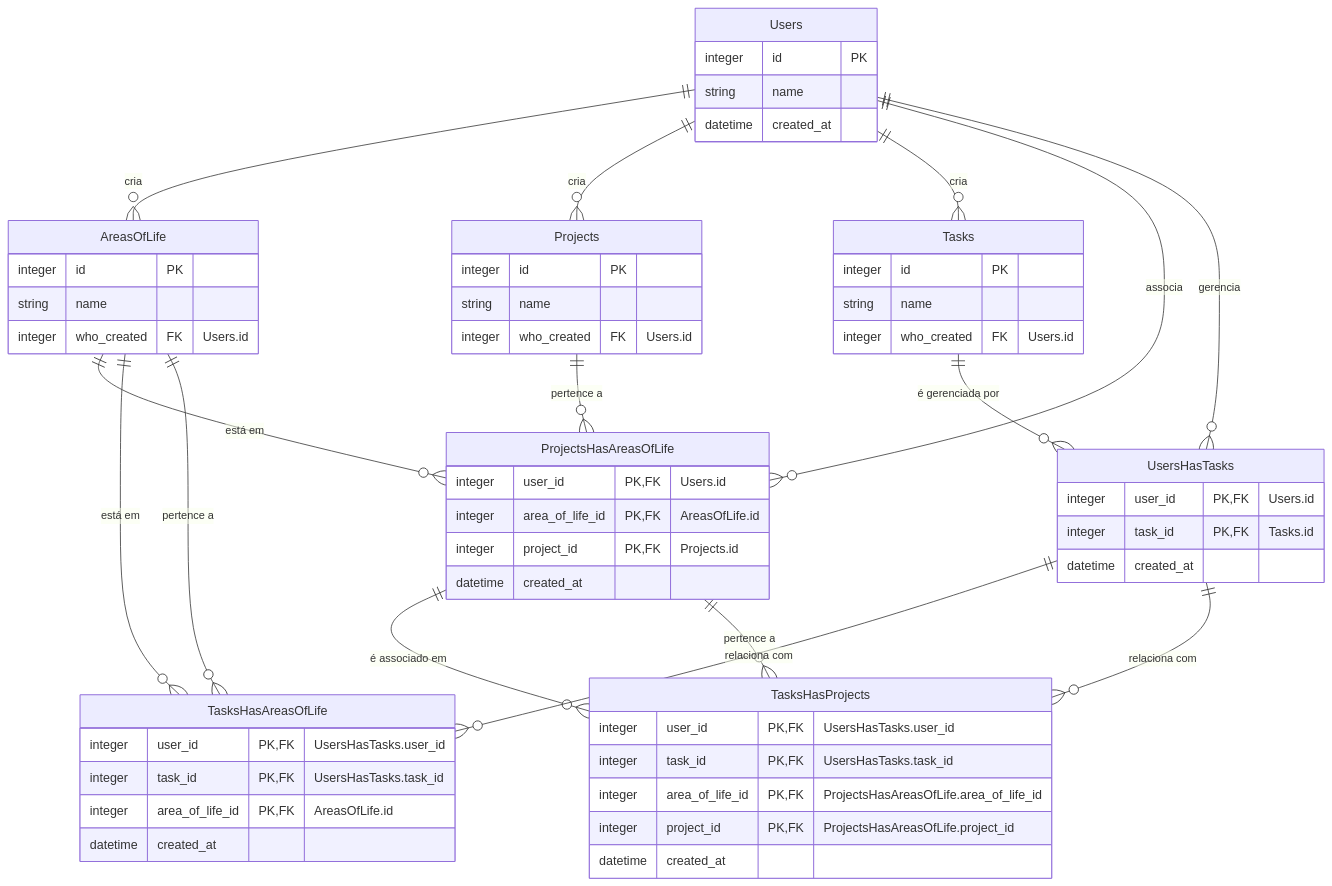
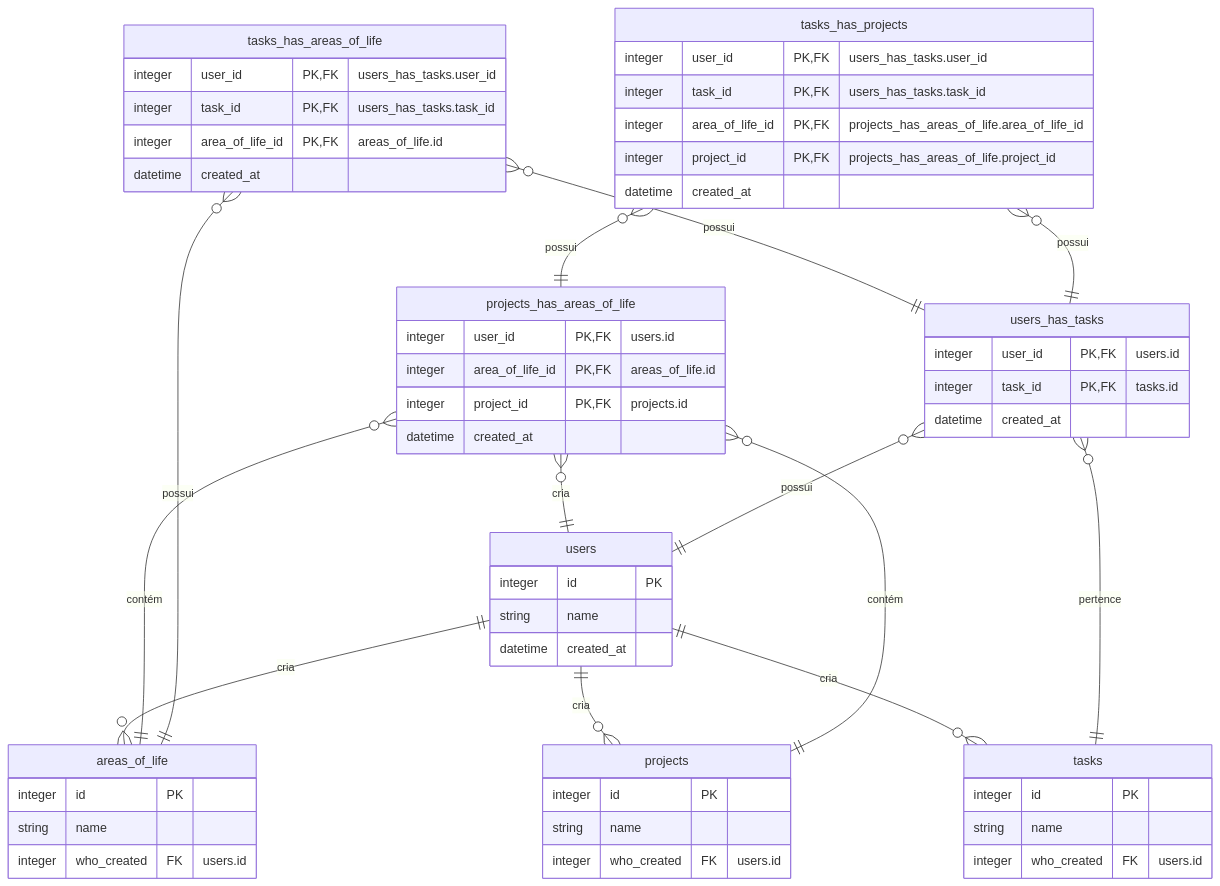
Before and after one commit to lucascraupp/ControleTempo: the diagram in src/database/Readme.md, drawn with Mermaid.

Commit message:
refactor: padronizar nomenclatura das entidades no diagrama de relacionamento

````diff
--- a/src/database/Readme.md
+++ b/src/database/Readme.md
@@ -3,76 +3,71 @@
 ```mermaid
 erDiagram
-    Users ||--o{ AreasOfLife : "cria"
-    Users ||--o{ Projects : "cria"
-    Users ||--o{ Tasks : "cria"
-    Users ||--o{ ProjectsHasAreasOfLife : "associa"
-    Users ||--o{ UsersHasTasks : "gerencia"
+    users ||--o{ areas_of_life : "cria"
+    users ||--o{ projects : "cria"
+    users ||--o{ tasks : "cria"
+    
+    projects_has_areas_of_life }o--|| users : "cria"
+    projects_has_areas_of_life }o--|| areas_of_life: "contém"
+    projects_has_areas_of_life }o--|| projects : "contém"
 
-    AreasOfLife ||--o{ ProjectsHasAreasOfLife : "está em"
-    AreasOfLife ||--o{ TasksHasAreasOfLife : "está em"
+    users_has_tasks }o--|| users: "possui"
+    users_has_tasks }o--|| tasks: "pertence"
 
-    Projects ||--o{ ProjectsHasAreasOfLife : "pertence a"
-    
-    Tasks ||--o{ UsersHasTasks : "é gerenciada por"
-    
-    ProjectsHasAreasOfLife ||--o{ TasksHasProjects : "é associado em"
+    tasks_has_areas_of_life }o--|| users_has_tasks : "possui"
+    tasks_has_areas_of_life }o--|| areas_of_life : "possui"
 
-    UsersHasTasks ||--o{ TasksHasAreasOfLife : "relaciona com"
-    UsersHasTasks ||--o{ TasksHasProjects : "relaciona com"
+    tasks_has_projects }o--|| users_has_tasks : "possui"
+    tasks_has_projects }o--|| projects_has_areas_of_life : "possui"
 
-    TasksHasAreasOfLife }o--|| AreasOfLife : "pertence a"
-
-    TasksHasProjects }o--|| ProjectsHasAreasOfLife : "pertence a"
-
-    Users {
+    users {
         integer id PK
         string name
         datetime created_at
     }
 
-    AreasOfLife {
+    areas_of_life {
         integer id PK
         string name
-        integer who_created FK "Users.id"
+        integer who_created FK "users.id"
     }
 
-    Projects {
+    projects {
         integer id PK
         string name
-        integer who_created FK "Users.id"
+        integer who_created FK "users.id"
     }
 
-    Tasks {
+    tasks {
         integer id PK
         string name
-        integer who_created FK "Users.id"
+        integer who_created FK "users.id"
     }
 
-    ProjectsHasAreasOfLife {
-        integer user_id PK,FK "Users.id"
-        integer area_of_life_id PK,FK "AreasOfLife.id"
-        integer project_id PK,FK "Projects.id"
+    projects_has_areas_of_life {
+        integer user_id PK,FK "users.id"
+        integer area_of_life_id PK,FK "areas_of_life.id"
+        integer project_id PK,FK "projects.id"
         datetime created_at
     }
 
-    UsersHasTasks {
-        integer user_id PK,FK "Users.id"
-        integer task_id PK,FK "Tasks.id"
+    users_has_tasks {
+        integer user_id PK,FK "users.id"
+        integer task_id PK,FK "tasks.id"
         datetime created_at
     }
 
-    TasksHasAreasOfLife {
-        integer user_id PK,FK "UsersHasTasks.user_id"
-        integer task_id PK,FK "UsersHasTasks.task_id"
-        integer area_of_life_id PK,FK "AreasOfLife.id"
+    tasks_has_areas_of_life {
+        integer user_id PK,FK "users_has_tasks.user_id"
+        integer task_id PK,FK "users_has_tasks.task_id"
+        integer area_of_life_id PK,FK "areas_of_life.id"
         datetime created_at
     }
 
-    TasksHasProjects {
-        integer user_id PK,FK "UsersHasTasks.user_id"
-        integer task_id PK,FK "UsersHasTasks.task_id" 
-        integer area_of_life_id PK,FK "ProjectsHasAreasOfLife.area_of_life_id"
-        integer project_id PK,FK "ProjectsHasAreasOfLife.project_id"
+    tasks_has_projects {
+        integer user_id PK,FK "users_has_tasks.user_id"
+        integer task_id PK,FK "users_has_tasks.task_id" 
+        integer area_of_life_id PK,FK "projects_has_areas_of_life.area_of_life_id"
+        integer project_id PK,FK "projects_has_areas_of_life.project_id"
         datetime created_at
     }
 ```
````
